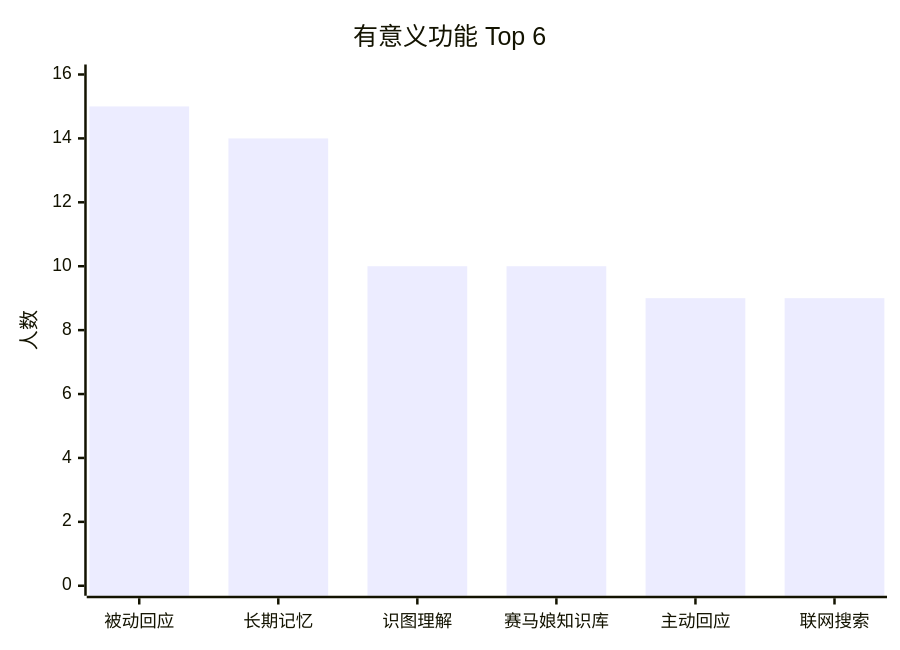
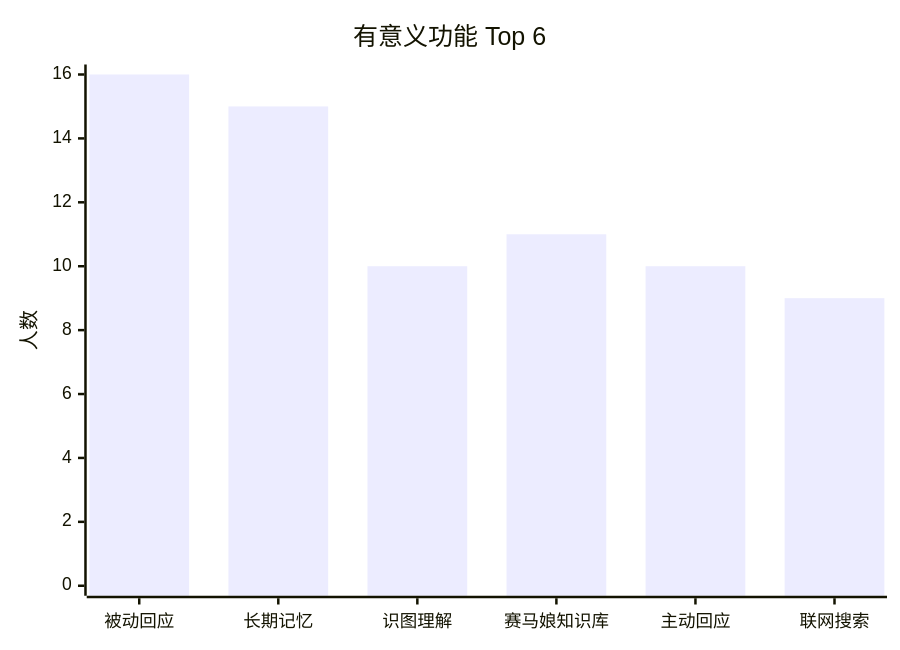
Before and after one commit to Junliang-Lyu/astrbot-napcat-docker: the first of 3 diagrams in 数据分析/QQ群机器人功能反馈问卷分析报告_2026-05-19.md, drawn with Mermaid. The commit also changed other lines of this file and 2 other files, not shown here.

````diff
--- a/数据分析/QQ群机器人功能反馈问卷分析报告_2026-05-19.md
+++ b/数据分析/QQ群机器人功能反馈问卷分析报告_2026-05-19.md
@@ -48,7 +47,7 @@
 ```mermaid
 xychart-beta
     title "有意义功能 Top 6"
     x-axis ["被动回应","长期记忆","识图理解","赛马娘知识库","主动回应","联网搜索"]
     y-axis "人数" 0 --> 16
-    bar [15,14,10,10,9,9]
+    bar [16,15,10,11,10,9]
 ```
````
